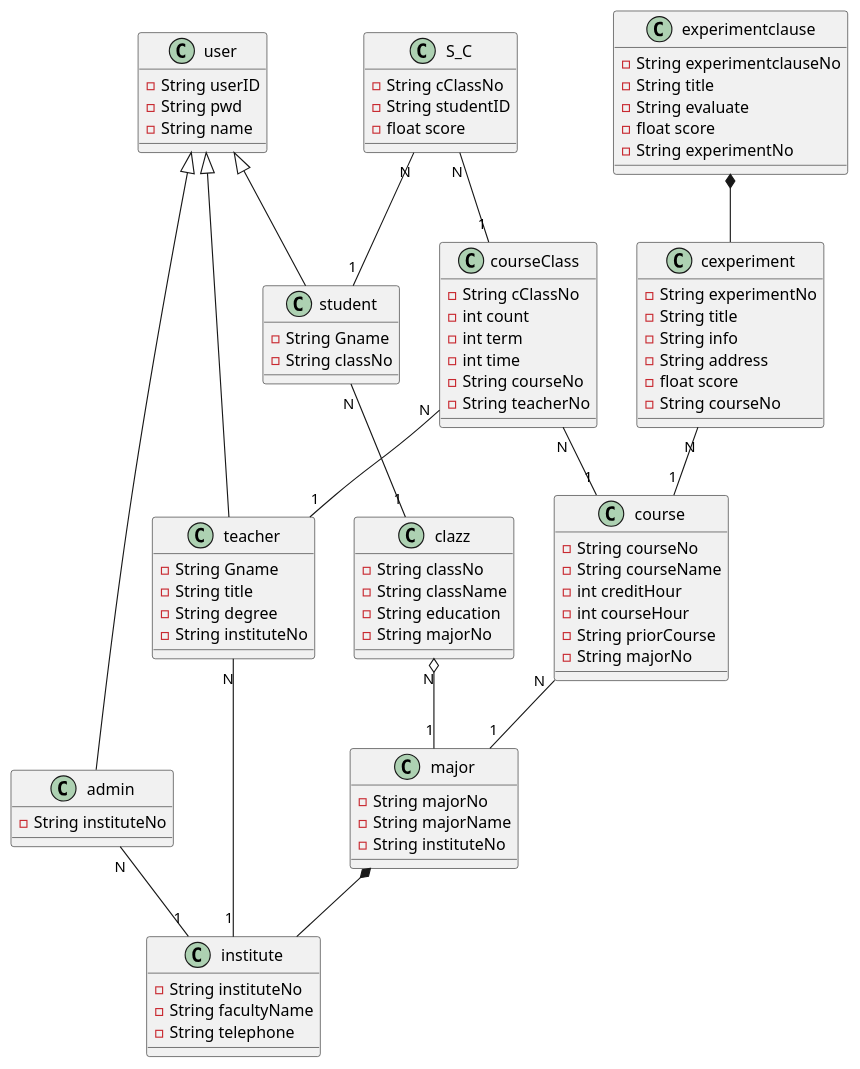
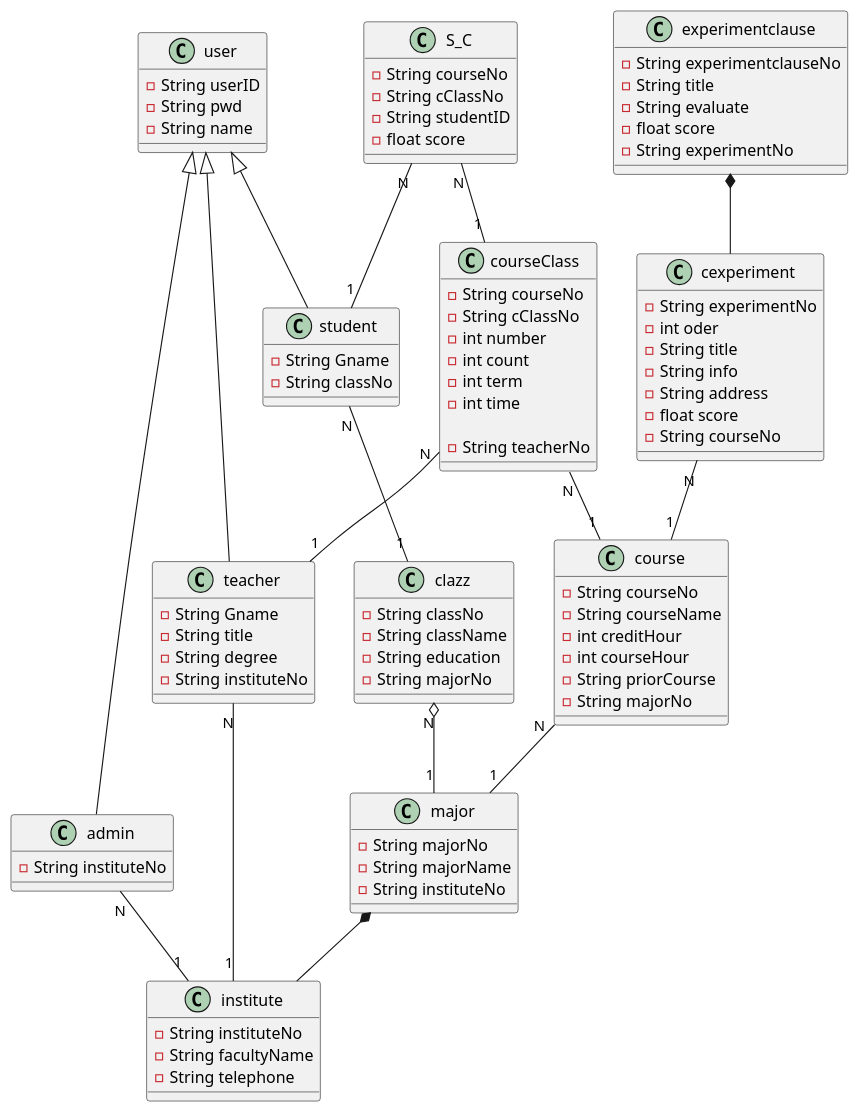
One commit to 201610414130/is_analysis-4 changed the diagram in test6/classView.pu. Above: the diagram before and after it, drawn with PlantUML. The commit also changed 7 other files, not shown here.

```diff
--- a/test6/classView.pu
+++ b/test6/classView.pu
@@ -1,87 +1,91 @@
 @startuml 实验管理平台用例图
 class user{
     -String userID
     -String pwd
     -String name
 }
 class student{
     -String Gname
     -String classNo
 }
 class teacher{
     -String Gname
     -String title
     -String degree
     -String instituteNo
 }
 class admin{
     -String instituteNo
 }
 class clazz{
     -String classNo
     -String className
     -String education
     -String majorNo
 }
 class major{
     -String majorNo
     -String majorName
     -String instituteNo
 }
 class institute{
     -String instituteNo
     -String facultyName
     -String telephone
 }
 class course{
     -String courseNo
     -String courseName
     -int creditHour
     -int courseHour
     -String priorCourse
     -String majorNo
 }
 class courseClass{
+    -String courseNo
     -String cClassNo
+    -int number
     -int count
     -int term
     -int time
-    -String courseNo
+
     -String teacherNo
 }
 class S_C{
+    -String courseNo
     -String cClassNo
     -String studentID
     -float score
 }
 class cexperiment{
     -String experimentNo
+    -int oder
     -String title
     -String info
     -String address
     -float score
     -String courseNo
 }
 class experimentclause{
     -String experimentclauseNo
     -String title
     -String evaluate
     -float score
     -String experimentNo
 }
 student -up-|> user
 teacher -up-|> user
 admin -up-|> user
 student "N" -- "1" clazz
 clazz "N" o-- "1" major
 major *-- institute
 teacher "N" -- "1" institute
 admin "N" -- "1" institute
 S_C "N" -- "1" student
 S_C "N" -- "1" courseClass
 courseClass "N" -- "1" course
 courseClass "N" -- "1" teacher
 course "N" -- "1" major
 experimentclause *-- cexperiment
 cexperiment "N" -- "1" course
 @enduml
```
